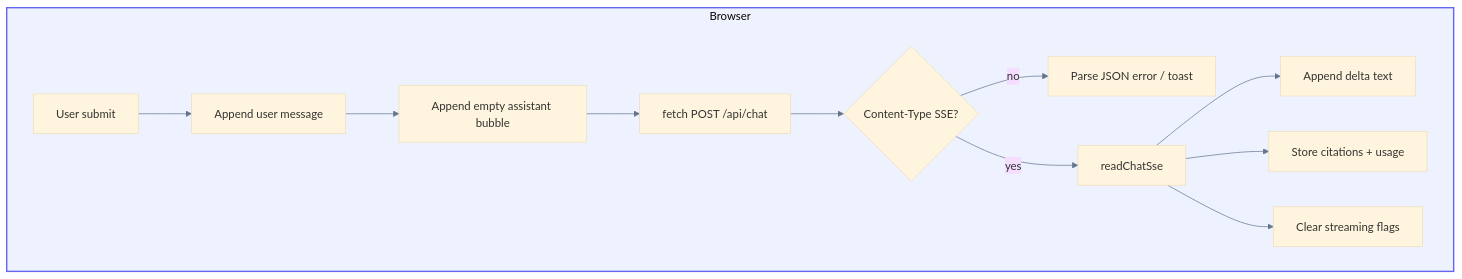
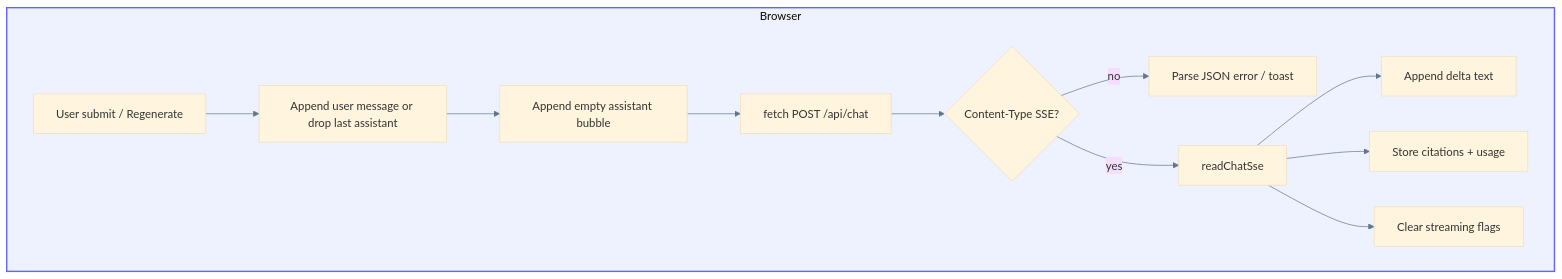
One commit to parmeet1402/ai-workflow-platform changed the third of 3 diagrams in docs/ai-chat.md. Above: the diagram before and after it, drawn with Mermaid. The commit also changed other lines of this file and 1 other file, not shown here.

Commit message:
fix: regenerate chat

````diff
--- a/docs/ai-chat.md
+++ b/docs/ai-chat.md
@@ -229,32 +229,32 @@
 ```mermaid
 %%{init: {
   "theme": "base",
   "flowchart": { "curve": "basis", "padding": 16 },
   "themeVariables": {
     "fontFamily": "ui-sans-serif, system-ui, sans-serif",
     "lineColor": "#64748b"
   }
 }}%%
 flowchart TB
   subgraph Client["Browser"]
-    Submit[User submit]
-    AppendUser[Append user message]
+    Submit[User submit / Regenerate]
+    AppendUser[Append user message or drop last assistant]
     Placeholder[Append empty assistant bubble]
     Fetch["fetch POST /api/chat"]
     Branch{Content-Type SSE?}
     JsonErr[Parse JSON error / toast]
     Reader[readChatSse]
     Delta[Append delta text]
     Meta[Store citations + usage]
     Done[Clear streaming flags]
   end
 
   Submit --> AppendUser --> Placeholder --> Fetch --> Branch
   Branch -->|no| JsonErr
   Branch -->|yes| Reader
   Reader --> Delta
   Reader --> Meta
   Reader --> Done
 
   style Client fill:#eef2ff,stroke:#6366f1,stroke-width:2px
 ```
````
